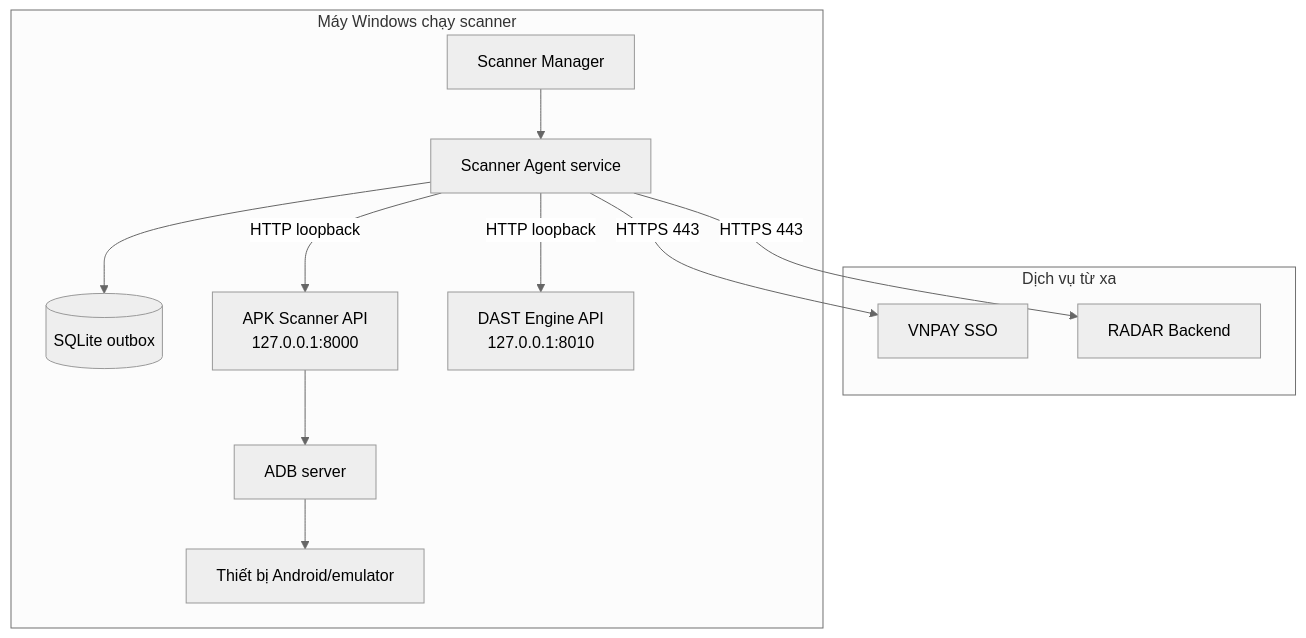
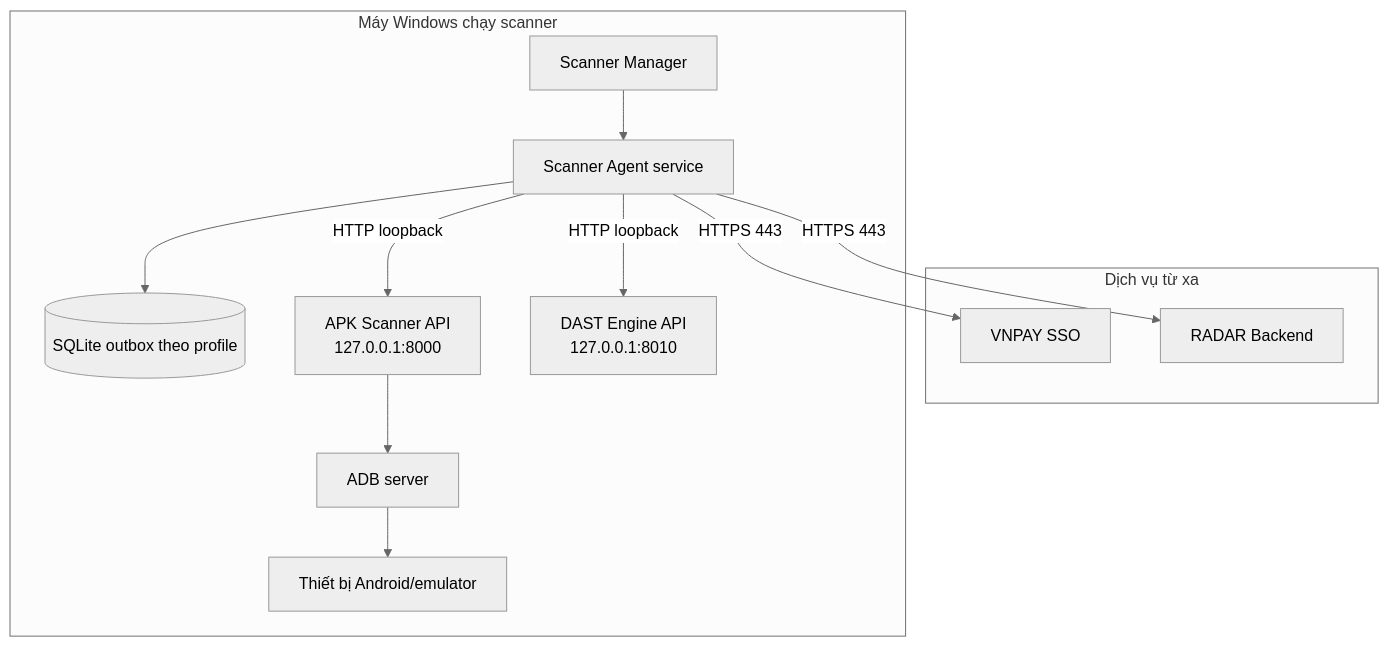
The first of 2 diagrams in docs/architecture.md (xuancanhit99/vnpay-radar-scanner-agent), drawn with Mermaid (neutral theme) before and after one commit. The commit also changed other lines of this file and 20 other files, not shown here.

````diff
--- a/docs/architecture.md
+++ b/docs/architecture.md
@@ -27,25 +28,25 @@
 ```mermaid
 flowchart TB
     subgraph Remote["Dịch vụ từ xa"]
         SSO["VNPAY SSO"]
         Radar["RADAR Backend"]
     end
 
     subgraph Windows["Máy Windows chạy scanner"]
         Manager["Scanner Manager"]
         Agent["Scanner Agent service"]
-        Outbox[("SQLite outbox")]
+        Outbox[("SQLite outbox theo profile")]
         Scanner["APK Scanner API<br/>127.0.0.1:8000"]
         Dast["DAST Engine API<br/>127.0.0.1:8010"]
         ADB["ADB server"]
         Device["Thiết bị Android/emulator"]
     end
 
     Manager --> Agent
     Agent --> Outbox
     Agent -->|"HTTPS 443"| SSO
     Agent -->|"HTTPS 443"| Radar
     Agent -->|"HTTP loopback"| Scanner
     Agent -->|"HTTP loopback"| Dast
     Scanner --> ADB --> Device
 ```
````
